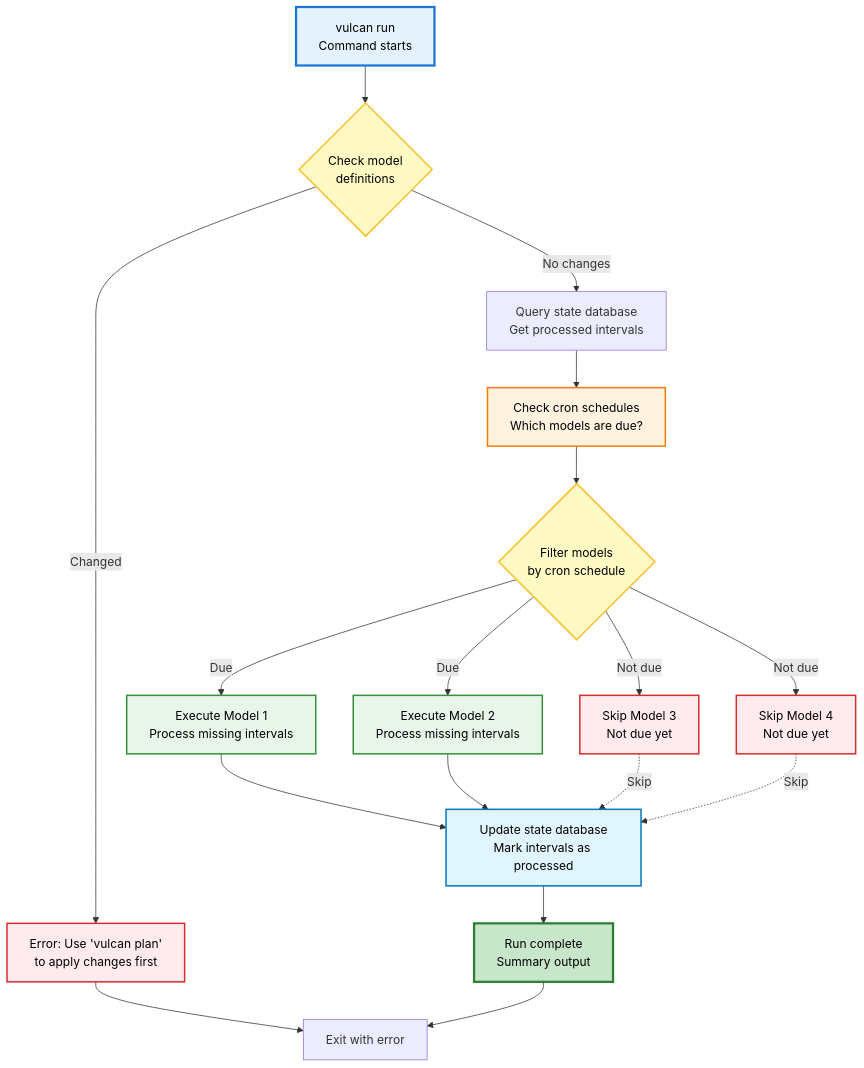
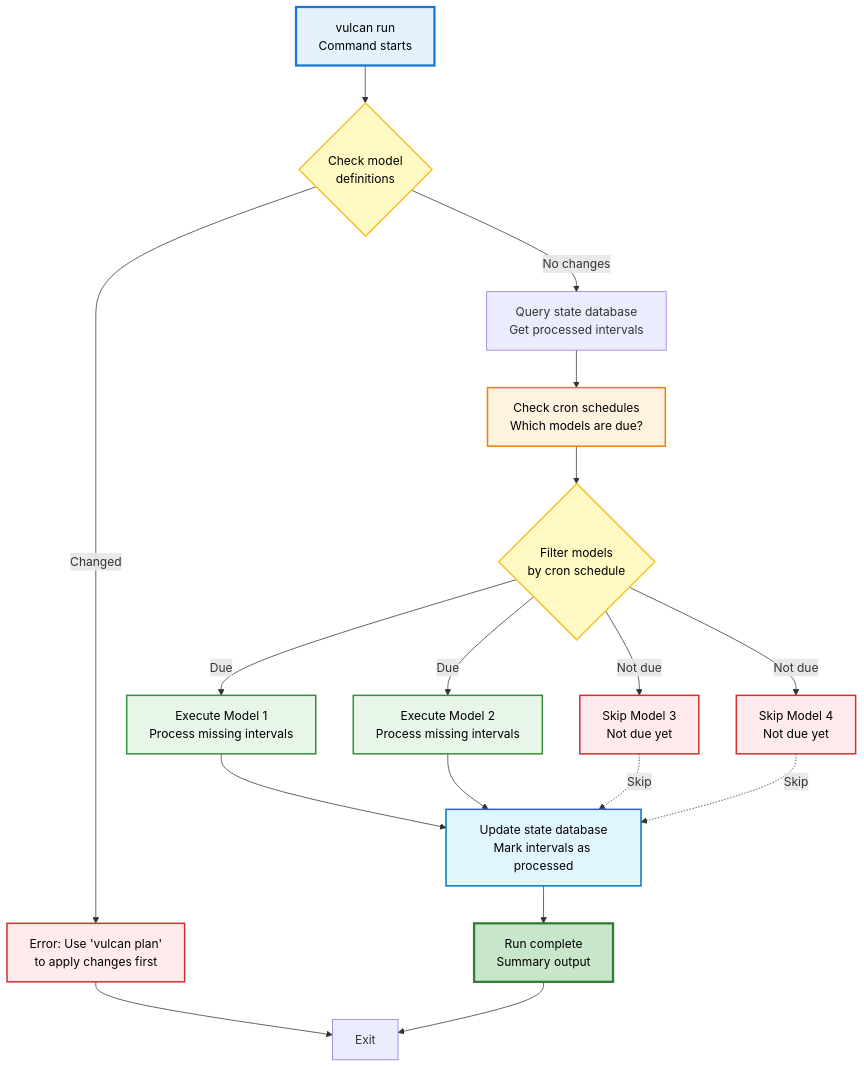
The third of 5 diagrams in docs/guides/run_and_scheduling.md (tmdc-io/vulcan-book), drawn with Mermaid before and after one commit. The commit also changed 2 other files, not shown here.

Commit message:
updated the favicon with DataOS logo, optimized for dark and light mode of the browser, update the mermaid diagram for run and scheduling

````diff
--- a/docs/guides/run_and_scheduling.md
+++ b/docs/guides/run_and_scheduling.md
@@ -143,38 +143,38 @@
 ```mermaid
 flowchart TD
     START[vulcan run<br/>Command starts] --> CHECK{Check model<br/>definitions}
     
     CHECK -->|"Changed"| ERROR[Error: Use 'vulcan plan'<br/>to apply changes first]
     CHECK -->|"No changes"| STATE[Query state database<br/>Get processed intervals]
     
     STATE --> CRON[Check cron schedules<br/>Which models are due?]
     
     CRON --> FILTER{Filter models<br/>by cron schedule}
     
     FILTER -->|"Due"| EXEC1[Execute Model 1<br/>Process missing intervals]
     FILTER -->|"Due"| EXEC2[Execute Model 2<br/>Process missing intervals]
     FILTER -->|"Not due"| SKIP1[Skip Model 3<br/>Not due yet]
     FILTER -->|"Not due"| SKIP2[Skip Model 4<br/>Not due yet]
     
     EXEC1 --> UPDATE[Update state database<br/>Mark intervals as processed]
     EXEC2 --> UPDATE
     SKIP1 -.->|"Skip"| UPDATE
     SKIP2 -.->|"Skip"| UPDATE
     
     UPDATE --> SUCCESS[Run complete<br/>Summary output]
     
-    ERROR --> END[Exit with error]
+    ERROR --> END[Exit]
     SUCCESS --> END
 
     style START fill:#e3f2fd,stroke:#1976d2,stroke-width:3px,color:#000
     style CHECK fill:#fff9c4,stroke:#fbc02d,stroke-width:2px,color:#000
     style ERROR fill:#ffebee,stroke:#d32f2f,stroke-width:2px,color:#000
     style CRON fill:#fff3e0,stroke:#f57c00,stroke-width:2px,color:#000
     style FILTER fill:#fff9c4,stroke:#fbc02d,stroke-width:2px,color:#000
     style EXEC1 fill:#e8f5e9,stroke:#388e3c,stroke-width:2px,color:#000
     style EXEC2 fill:#e8f5e9,stroke:#388e3c,stroke-width:2px,color:#000
     style SKIP1 fill:#ffebee,stroke:#d32f2f,stroke-width:2px,color:#000
     style SKIP2 fill:#ffebee,stroke:#d32f2f,stroke-width:2px,color:#000
     style UPDATE fill:#e1f5fe,stroke:#0277bd,stroke-width:2px,color:#000
     style SUCCESS fill:#c8e6c9,stroke:#2e7d32,stroke-width:3px,color:#000
 ```
````
